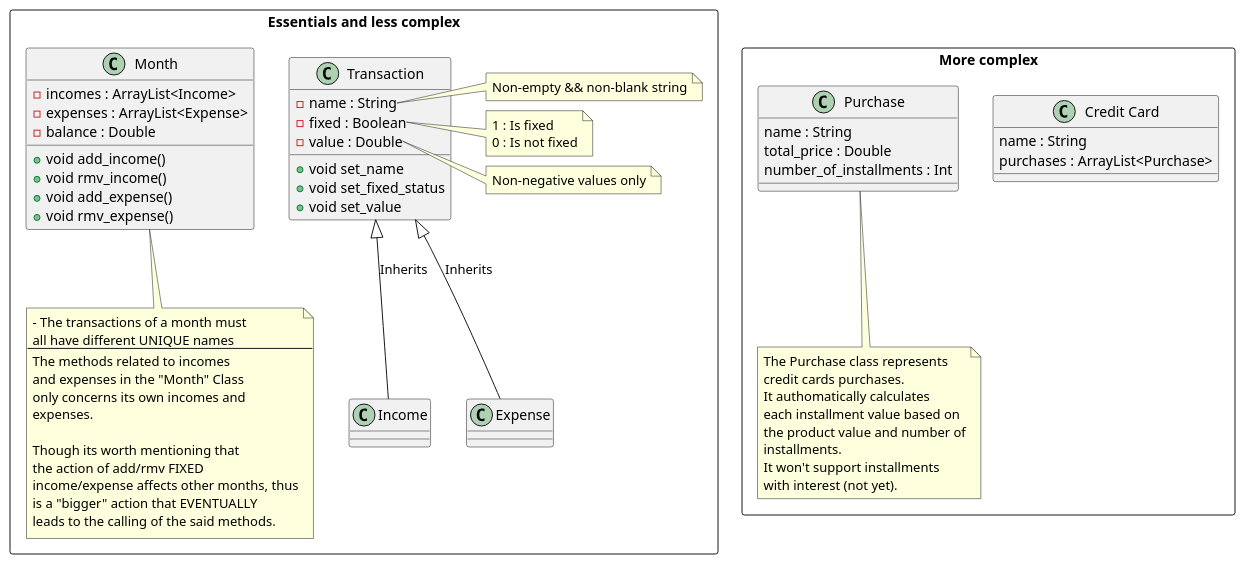
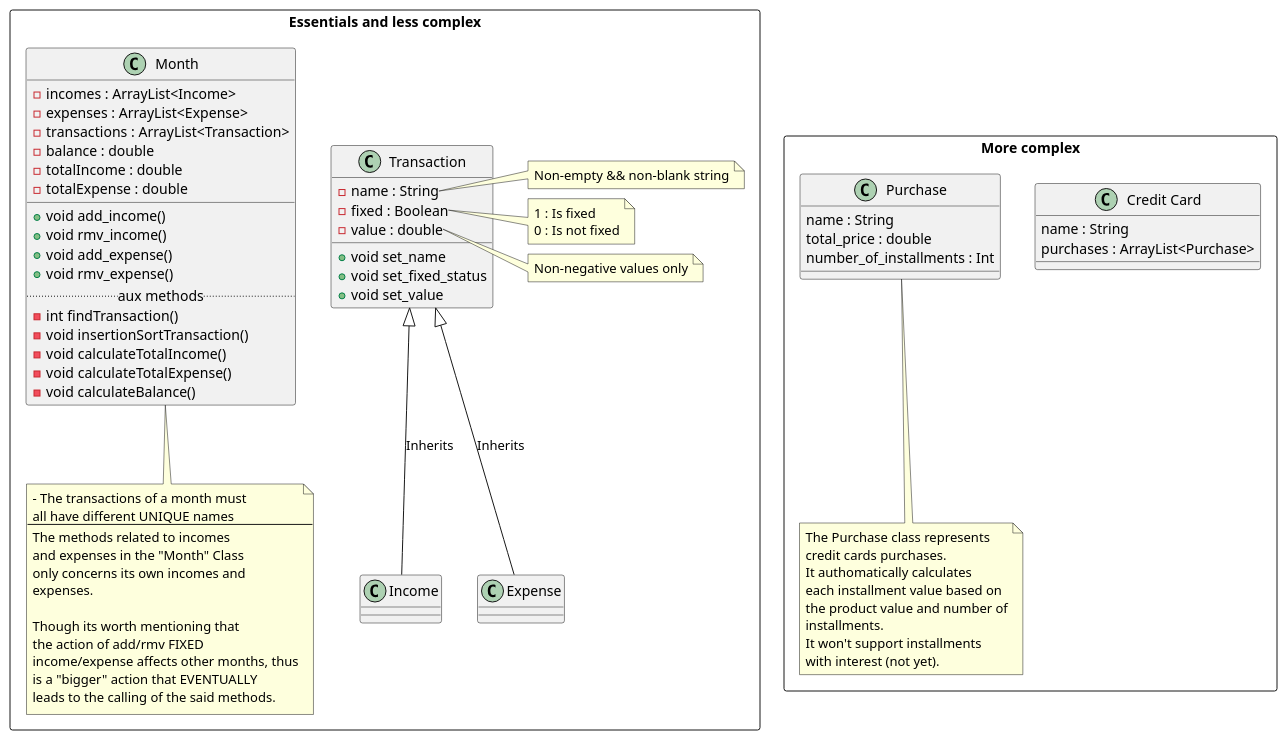
The diagram in modelling/ModelPackage.plantuml (sarehicy/Planner-Financeiro), drawn with PlantUML before and after one commit.

Commit message:
Added aux methods of Month Class to diagram

```diff
--- a/modelling/ModelPackage.plantuml
+++ b/modelling/ModelPackage.plantuml
@@ -1,87 +1,97 @@
 @startuml Model Package Class Diagram
 
 top to bottom direction
 
 rectangle "Essentials and less complex"{
 
     class "Transaction"{
         {field} - name : String
         {field} - fixed : Boolean
-        {field} - value : Double
+        {field} - value : double
 
         {method} + void set_name
         {method} + void set_fixed_status
         {method} + void set_value
     }
 
     note right of Transaction::name
         Non-empty && non-blank string
     end note
     note right of Transaction::fixed
         1 : Is fixed
         0 : Is not fixed
     end note 
     note right of Transaction::value
         Non-negative values only
     end note 
 
     class "Income"
     class "Expense"
 
     Transaction <|-- Income : Inherits
     Transaction <|-- Expense : Inherits
 
     
     class "Month"{
         {field} - incomes : ArrayList<Income>
         {field} - expenses : ArrayList<Expense>
-        {field} - balance : Double
+        {field} - transactions : ArrayList<Transaction>
+        {field} - balance : double
+        {field} - totalIncome : double
+        {field} - totalExpense : double
+        __
         {method} + void add_income()
         {method} + void rmv_income()
         {method} + void add_expense()
         {method} + void rmv_expense()
+        .. aux methods ..
+        {method} - int findTransaction()
+        {method} - void insertionSortTransaction()
+        {method} - void calculateTotalIncome()
+        {method} - void calculateTotalExpense()
+        {method} - void calculateBalance()
     }
 
     note bottom of "Month"
         - The transactions of a month must
         all have different UNIQUE names
         ---
         The methods related to incomes 
         and expenses in the "Month" Class
         only concerns its own incomes and
         expenses.
 
         Though its worth mentioning that
         the action of add/rmv FIXED
         income/expense affects other months, thus
         is a "bigger" action that EVENTUALLY
         leads to the calling of the said methods.
     end note 
 }
 
 rectangle "More complex"{
     class "Credit Card"{
         {field} name : String
         {field} purchases : ArrayList<Purchase>
     }
 
     class "Purchase"{
         {field} name : String
-        {field} total_price : Double
+        {field} total_price : double
         {field} number_of_installments : Int
     }
 
     note bottom of "Purchase"
         The Purchase class represents
         credit cards purchases.
         It authomatically calculates 
         each installment value based on
         the product value and number of
         installments.
         It won't support installments
         with interest (not yet).
     end note 
 }
 
 
 @enduml
```
